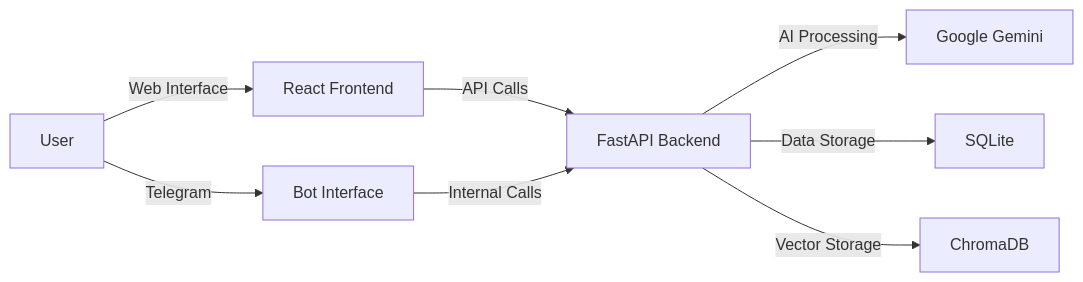
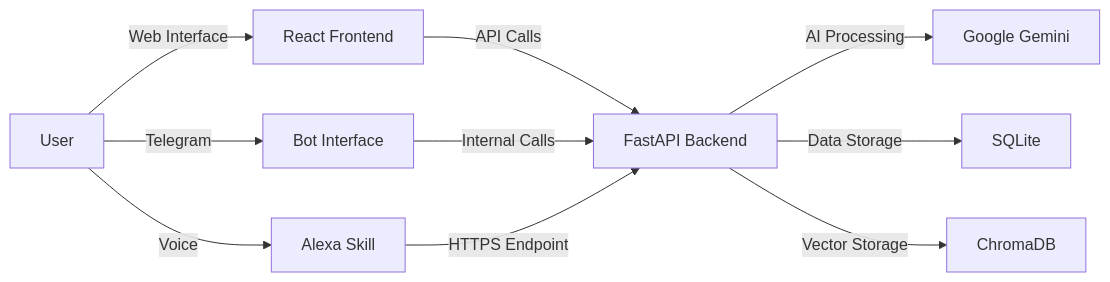
The diagram in README.md (andrea9293/memogenius), drawn with Mermaid before and after one commit. The commit also changed other lines of this file, not shown here.

Commit message:
added alexa configuration

````diff
--- a/README.md
+++ b/README.md
@@ -14,10 +15,12 @@
 ```mermaid
 graph LR
     A[User] -->|Web Interface| B[React Frontend]
     A -->|Telegram| C[Bot Interface]
+    A -->|Voice| H[Alexa Skill]
     B -->|API Calls| D[FastAPI Backend]
     C -->|Internal Calls| D
+    H -->|HTTPS Endpoint| D
     D -->|AI Processing| E[Google Gemini]
     D -->|Data Storage| F[SQLite]
     D -->|Vector Storage| G[ChromaDB]
 ```
````
